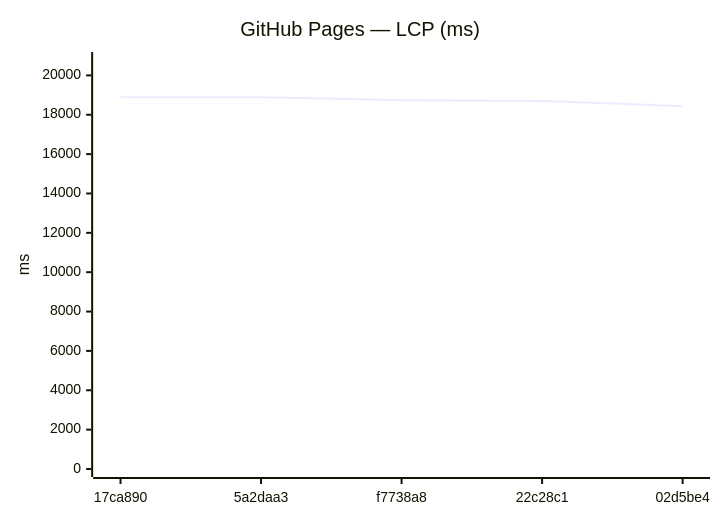
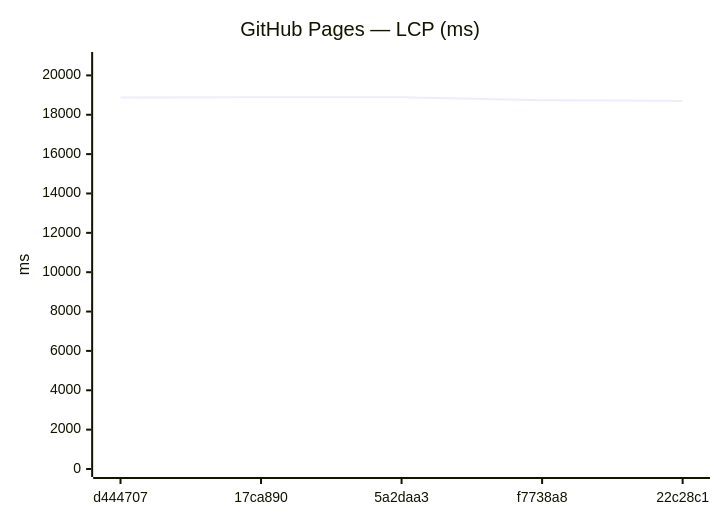
The ninth of 18 diagrams in benchmarks/compare.md (Metaheurist/Rianell), drawn with Mermaid before and after one commit. The commit also changed other lines of this file and 11 other files, not shown here.

````diff
--- a/benchmarks/compare.md
+++ b/benchmarks/compare.md
@@ -142,7 +142,7 @@
 ```mermaid
 xychart-beta
     title "GitHub Pages — LCP (ms)"
-    x-axis ["17ca890", "5a2daa3", "f7738a8", "22c28c1", "02d5be4"]
+    x-axis ["d444707", "17ca890", "5a2daa3", "f7738a8", "22c28c1"]
     y-axis "ms" 0 --> 20782
-    line [18888, 18892, 18741, 18704, 18438]
+    line [18871, 18888, 18892, 18741, 18704]
 ```
````
